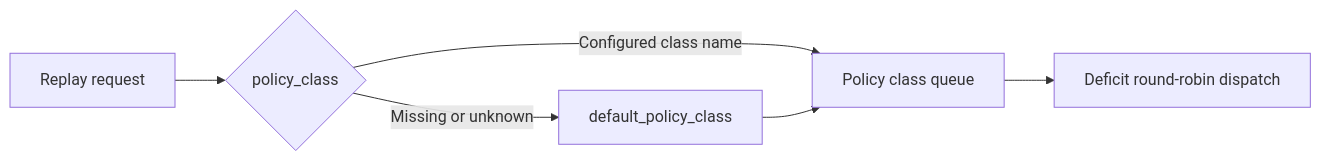
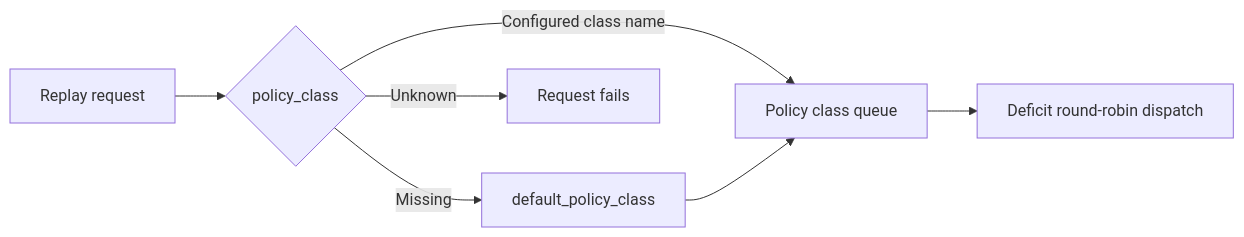
One commit to ai-dynamo/dynamo changed the fourth of 4 diagrams in docs/fern/pages/developer-guide/knowledge-base/concepts/simulation/dynosim-architecture.md. Above: the diagram before and after it, drawn with Mermaid. The commit also changed 18 other files, not shown here.

Commit message:
fix(router): reject unknown policy classes at queue entry

````diff
--- a/docs/fern/pages/developer-guide/knowledge-base/concepts/simulation/dynosim-architecture.md
+++ b/docs/fern/pages/developer-guide/knowledge-base/concepts/simulation/dynosim-architecture.md
@@ -111,8 +111,9 @@
 ```mermaid
 flowchart LR
     R["Replay request"] --> C{"policy_class"}
     C -->|Configured class name| Q["Policy class queue"]
-    C -->|Missing or unknown| F["default_policy_class"]
+    C -->|Missing| F["default_policy_class"]
+    C -->|Unknown| X["Request fails"]
     F --> Q
     Q --> D["Deficit round-robin dispatch"]
 ```
````
